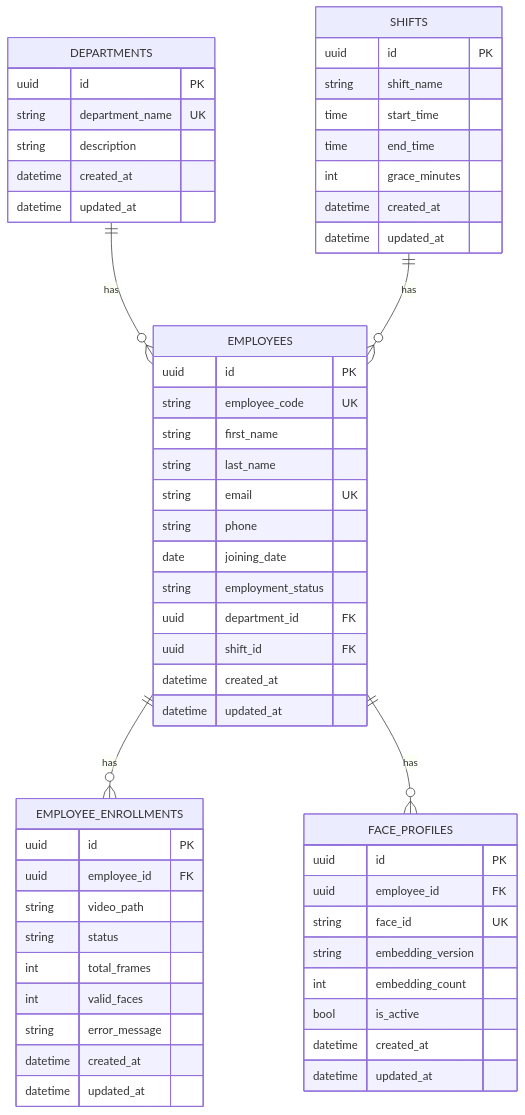
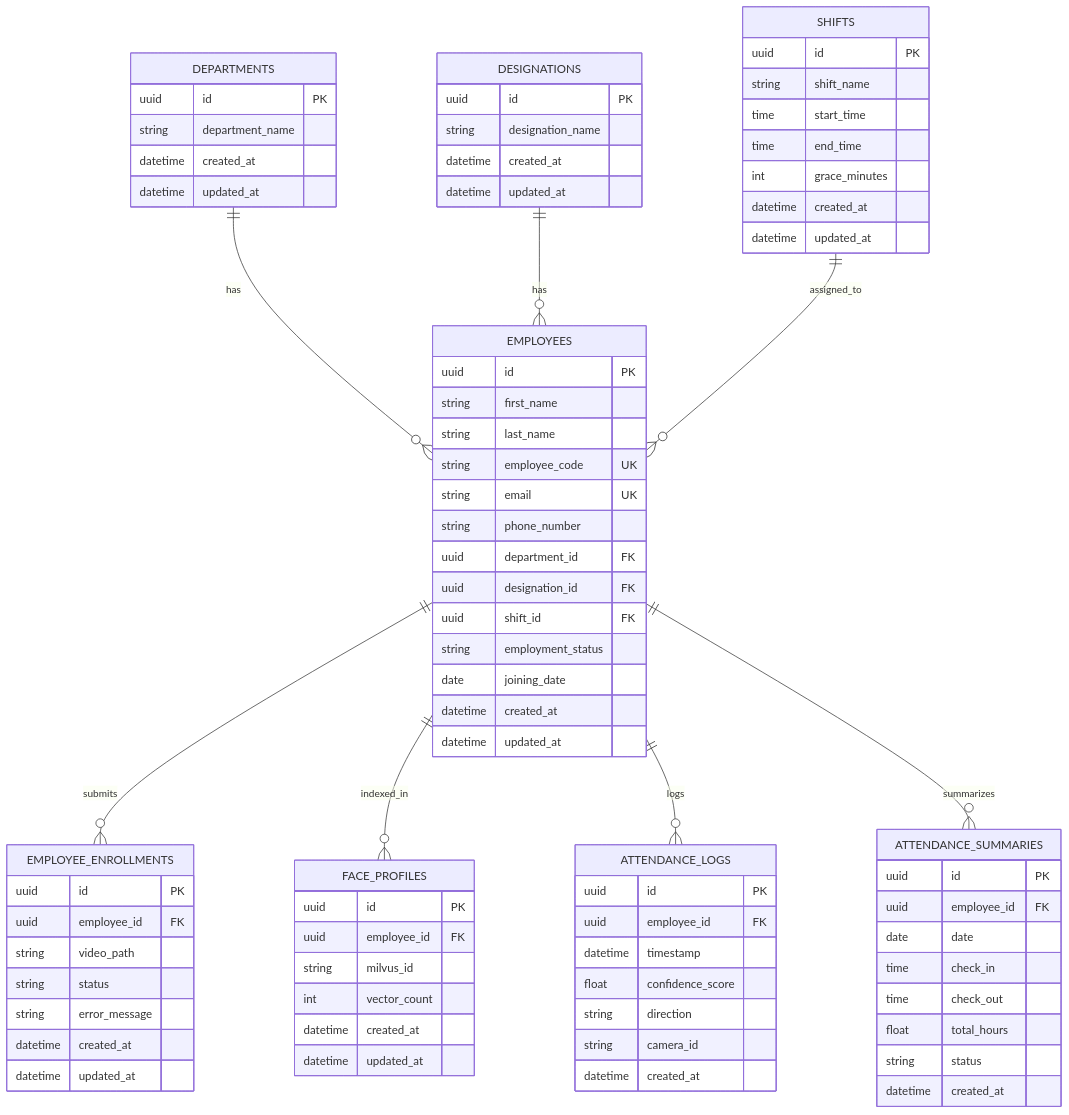
One commit to VijayRajput4455/face-recognition-attendance-system changed the third of 3 diagrams in README.md. Above: the diagram before and after it, drawn with Mermaid. The commit also changed other lines of this file and 3 other files, not shown here.

Commit message:
docs: create production-grade README and redesign Milvus topology & confidence spectrum components

````diff
--- a/README.md
+++ b/README.md
@@ -786,63 +626,90 @@
 ```mermaid
 erDiagram
-	DEPARTMENTS ||--o{ EMPLOYEES : has
-	SHIFTS ||--o{ EMPLOYEES : has
-	EMPLOYEES ||--o{ EMPLOYEE_ENROLLMENTS : has
-	EMPLOYEES ||--o{ FACE_PROFILES : has
+    DEPARTMENTS ||--o{ EMPLOYEES : "has"
+    DESIGNATIONS ||--o{ EMPLOYEES : "has"
+    SHIFTS ||--o{ EMPLOYEES : "assigned_to"
+    EMPLOYEES ||--o{ EMPLOYEE_ENROLLMENTS : "submits"
+    EMPLOYEES ||--o{ FACE_PROFILES : "indexed_in"
+    EMPLOYEES ||--o{ ATTENDANCE_LOGS : "logs"
+    EMPLOYEES ||--o{ ATTENDANCE_SUMMARIES : "summarizes"
 
-	DEPARTMENTS {
-		uuid id PK
-		string department_name UK
-		string description
-		datetime created_at
-		datetime updated_at
-	}
+    DEPARTMENTS {
+        uuid id PK
+        string department_name
+        datetime created_at
+        datetime updated_at
+    }
 
-	SHIFTS {
-		uuid id PK
-		string shift_name
-		time start_time
-		time end_time
-		int grace_minutes
-		datetime created_at
-		datetime updated_at
-	}
+    DESIGNATIONS {
+        uuid id PK
+        string designation_name
+        datetime created_at
+        datetime updated_at
+    }
 
-	EMPLOYEES {
-		uuid id PK
-		string employee_code UK
-		string first_name
-		string last_name
-		string email UK
-		string phone
-		date joining_date
-		string employment_status
-		uuid department_id FK
-		uuid shift_id FK
-		datetime created_at
-		datetime updated_at
-	}
+    SHIFTS {
+        uuid id PK
+        string shift_name
+        time start_time
+        time end_time
+        int grace_minutes
+        datetime created_at
+        datetime updated_at
+    }
 
-	EMPLOYEE_ENROLLMENTS {
-		uuid id PK
-		uuid employee_id FK
-		string video_path
-		string status
-		int total_frames
-		int valid_faces
-		string error_message
-		datetime created_at
-		datetime updated_at
-	}
+    EMPLOYEES {
+        uuid id PK
+        string first_name
+        string last_name
+        string employee_code UK
+        string email UK
+        string phone_number
+        uuid department_id FK
+        uuid designation_id FK
+        uuid shift_id FK
+        string employment_status
+        date joining_date
+        datetime created_at
+        datetime updated_at
+    }
 
-	FACE_PROFILES {
-		uuid id PK
-		uuid employee_id FK
-		string face_id UK
-		string embedding_version
-		int embedding_count
-		bool is_active
-		datetime created_at
-		datetime updated_at
-	}
+    EMPLOYEE_ENROLLMENTS {
+        uuid id PK
+        uuid employee_id FK
+        string video_path
+        string status
+        string error_message
+        datetime created_at
+        datetime updated_at
+    }
+
+    FACE_PROFILES {
+        uuid id PK
+        uuid employee_id FK
+        string milvus_id
+        int vector_count
+        datetime created_at
+        datetime updated_at
+    }
+
+    ATTENDANCE_LOGS {
+        uuid id PK
+        uuid employee_id FK
+        datetime timestamp
+        float confidence_score
+        string direction
+        string camera_id
+        datetime created_at
+    }
+
+    ATTENDANCE_SUMMARIES {
+        uuid id PK
+        uuid employee_id FK
+        date date
+        time check_in
+        time check_out
+        float total_hours
+        string status
+        datetime created_at
+    }
 ```
````
